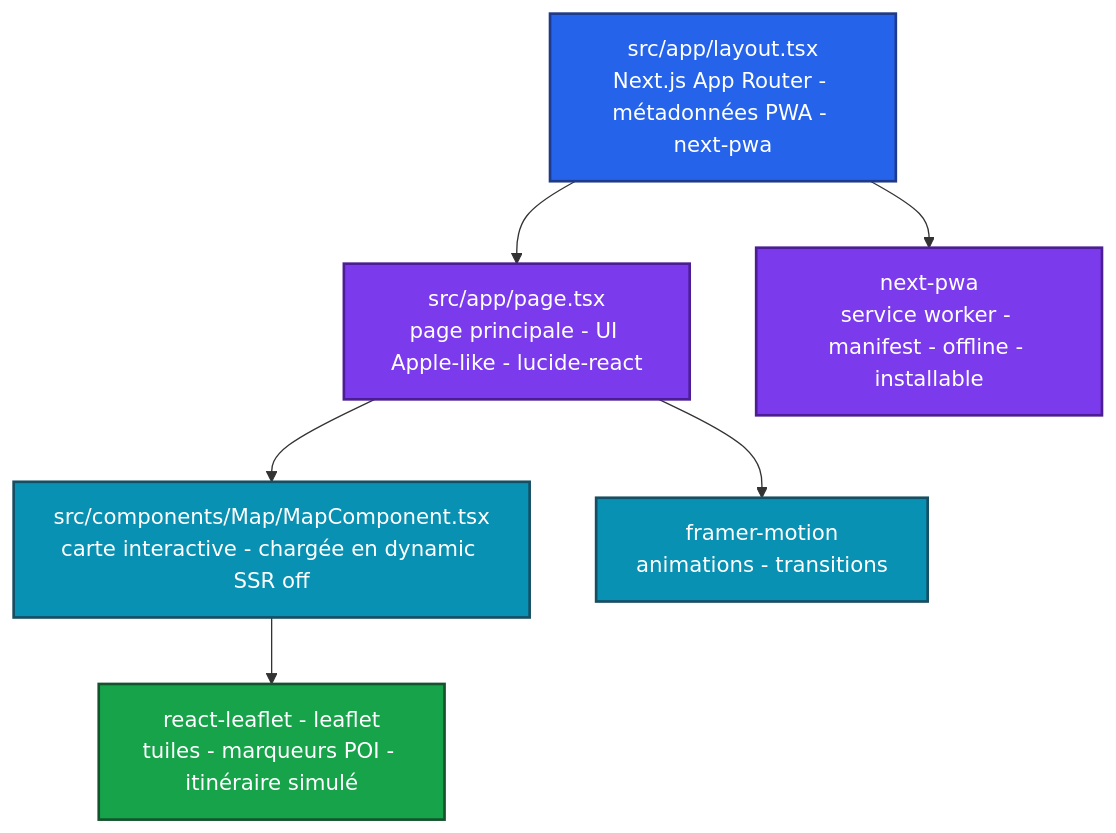
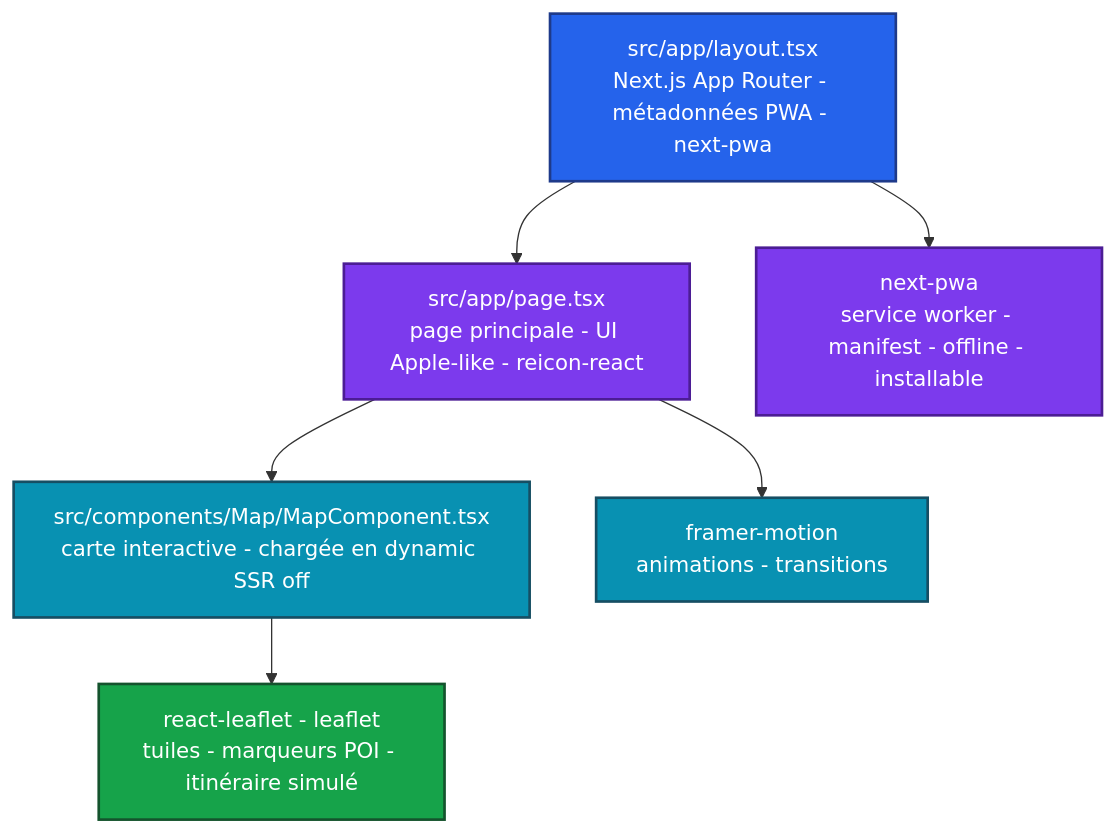
One commit to Adam-Blf/hadiway changed the diagram in README.md. Above: the diagram before and after it, drawn with Mermaid. The commit also changed 4 other files, not shown here.

````diff
--- a/README.md
+++ b/README.md
@@ -22,24 +22,24 @@
 ```mermaid
 flowchart TB
     Layout["src/app/layout.tsx<br/>Next.js App Router - métadonnées PWA - next-pwa"]
-    Page["src/app/page.tsx<br/>page principale - UI Apple-like - lucide-react"]
+    Page["src/app/page.tsx<br/>page principale - UI Apple-like - reicon-react"]
     Map["src/components/Map/MapComponent.tsx<br/>carte interactive - chargée en dynamic SSR off"]
     Leaflet["react-leaflet - leaflet<br/>tuiles - marqueurs POI - itinéraire simulé"]
     Motion["framer-motion<br/>animations - transitions"]
     SW["next-pwa<br/>service worker - manifest - offline - installable"]
 
     Layout --> Page
     Layout --> SW
     Page --> Map
     Page --> Motion
     Map --> Leaflet
 
     classDef c0 fill:#2563eb,stroke:#1e3a8a,stroke-width:2px,color:#ffffff
     classDef c1 fill:#7c3aed,stroke:#4c1d95,stroke-width:2px,color:#ffffff
     classDef c2 fill:#0891b2,stroke:#164e63,stroke-width:2px,color:#ffffff
     classDef c3 fill:#16a34a,stroke:#14532d,stroke-width:2px,color:#ffffff
     class Layout c0
     class Page,SW c1
     class Map,Motion c2
     class Leaflet c3
 ```
````
